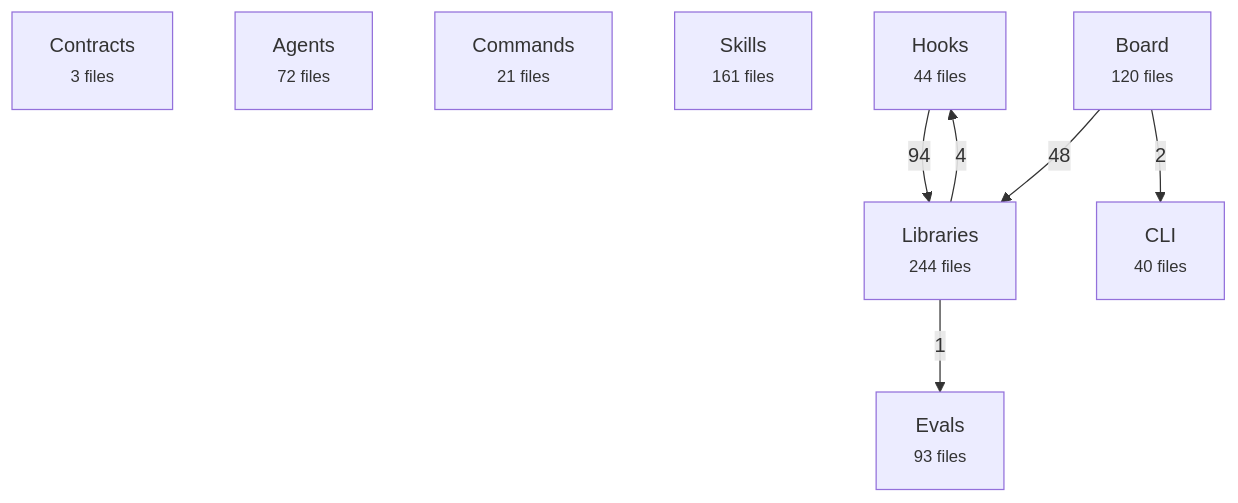
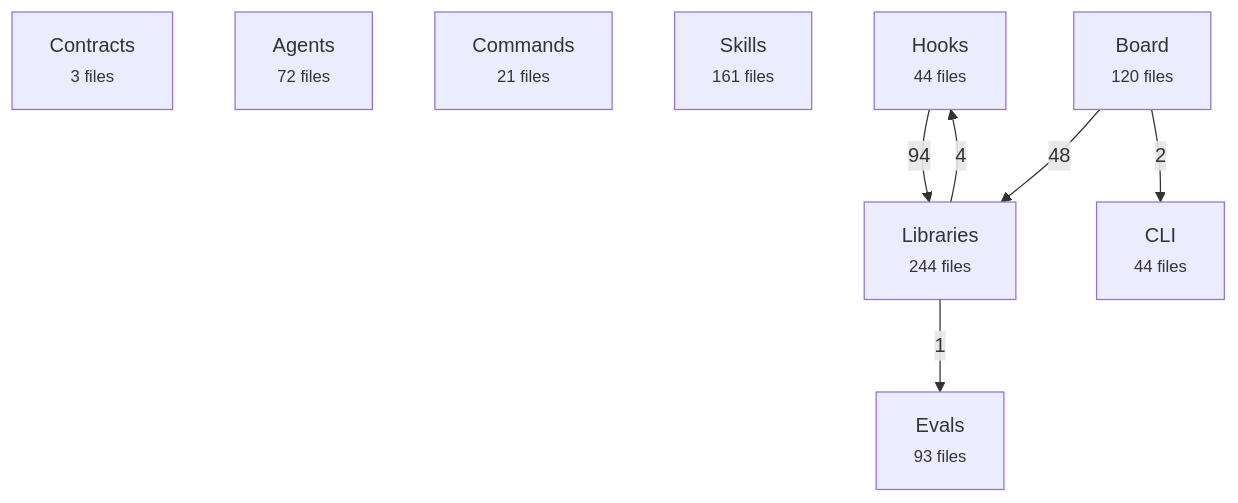
Before and after one commit to avelikiy/great_cto: the first of 2 diagrams in docs/reference/architecture-map.md, drawn with Mermaid. The commit also changed other lines of this file and 43 other files, not shown here.

````diff
--- a/docs/reference/architecture-map.md
+++ b/docs/reference/architecture-map.md
@@ -20,17 +20,17 @@
 ```mermaid
 flowchart TD
   contracts["Contracts<br/><small>3 files</small>"]
   agents["Agents<br/><small>72 files</small>"]
   commands["Commands<br/><small>21 files</small>"]
   skills["Skills<br/><small>161 files</small>"]
   hooks["Hooks<br/><small>44 files</small>"]
   libs["Libraries<br/><small>244 files</small>"]
   board["Board<br/><small>120 files</small>"]
-  cli["CLI<br/><small>40 files</small>"]
+  cli["CLI<br/><small>44 files</small>"]
   evals["Evals<br/><small>93 files</small>"]
   hooks -->|94| libs
   board -->|48| libs
   libs -->|4| hooks
   board -->|2| cli
   libs -->|1| evals
 ```
````
